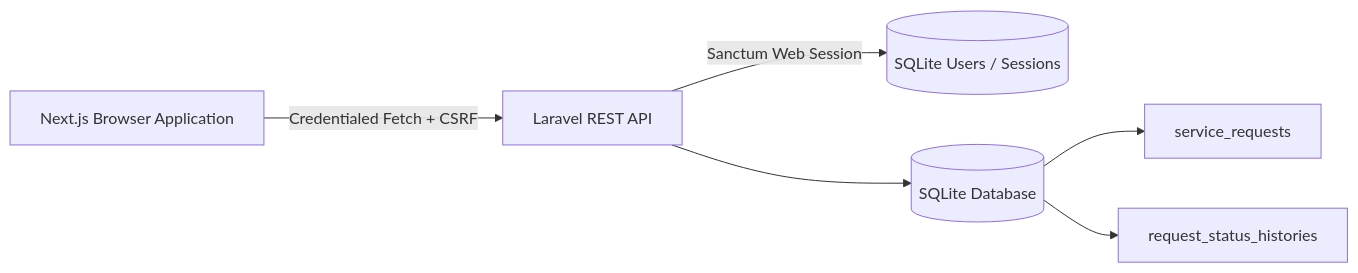
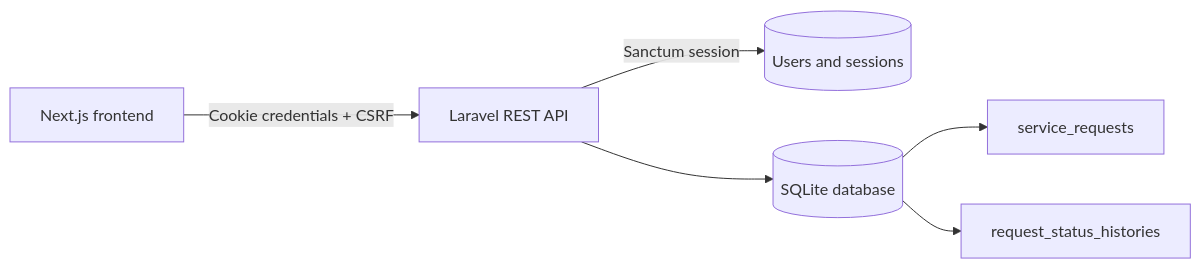
One commit to Naveesha99/service-request-tracker changed the diagram in README.md. Above: the diagram before and after it, drawn with Mermaid. The commit also changed other lines of this file, not shown here.

````diff
--- a/README.md
+++ b/README.md
@@ -31,8 +31,8 @@
 ```mermaid
 flowchart LR
-    Browser[Next.js Browser Application] -->|Credentialed Fetch + CSRF| API[Laravel REST API]
-    API -->|Sanctum Web Session| Auth[(SQLite Users / Sessions)]
-    API --> DB[(SQLite Database)]
+    Browser[Next.js frontend] -->|Cookie credentials + CSRF| API[Laravel REST API]
+    API -->|Sanctum session| Auth[(Users and sessions)]
+    API --> DB[(SQLite database)]
     DB --> Requests[service_requests]
     DB --> History[request_status_histories]
 ```
````
